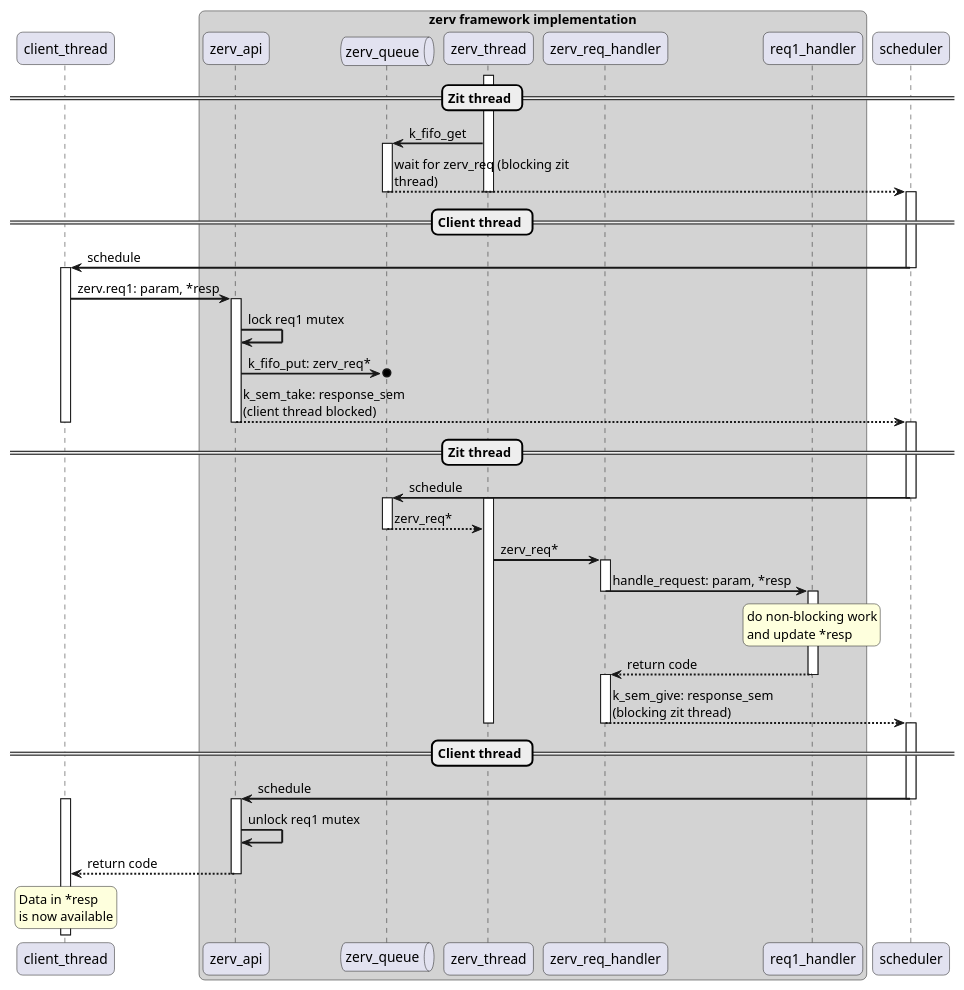
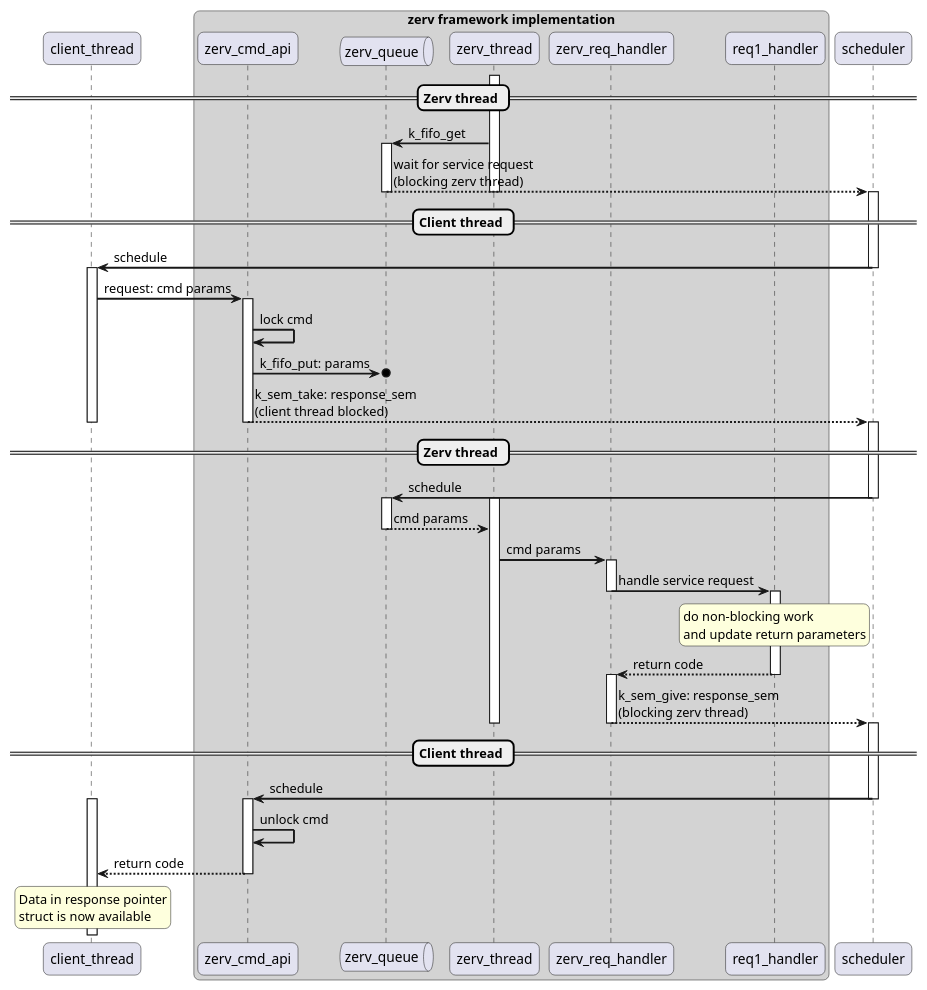
One commit to Systemfabriken/zerv changed the diagram in subsys/zerv/doc/zerv_synchronous_request_handling.puml. Above: the diagram before and after it, drawn with PlantUML. The commit also changed 13 other files, not shown here.

```diff
--- a/subsys/zerv/doc/zerv_synchronous_request_handling.puml
+++ b/subsys/zerv/doc/zerv_synchronous_request_handling.puml
@@ -1,63 +1,63 @@
 @startuml zerv_synchronous_request_handling
 skinparam {
     sequenceArrowThickness 2
     roundcorner 12
     SequenceGroupBodyBackgroundColor 01FF0110
     maxmessagesize 200
 }
 
 participant client_thread as client
 
 
 box "zerv framework implementation" #LightGray
-    participant zerv_api as zerv_api
+    participant zerv_cmd_api as zerv_cmd_api
     queue zerv_queue as zerv_queue
     participant zerv_thread as zerv_thread
     participant zerv_req_handler as zerv_req_handler
     participant req1_handler
 end box
 
 participant scheduler as sched
 
-== Zit thread ==
+== Zerv thread ==
 
 ' Initialisation
 activate zerv_thread
 zerv_thread -> zerv_queue ++: k_fifo_get
-zerv_queue --> sched --++: wait for zerv_req (blocking zit thread)
+zerv_queue --> sched --++: wait for service request (blocking zerv thread)
 deactivate zerv_thread
 
 == Client thread ==
 
 sched -> client --++: schedule
 
 ' Client request call
-client -> zerv_api ++: zerv.req1: param, *resp 
-zerv_api -> zerv_api: lock req1 mutex
-zerv_api ->o zerv_queue: k_fifo_put: zerv_req*
-zerv_api --> sched --++: k_sem_take: response_sem (client thread blocked)
+client -> zerv_cmd_api ++: request: cmd params
+zerv_cmd_api -> zerv_cmd_api: lock cmd
+zerv_cmd_api ->o zerv_queue: k_fifo_put: params
+zerv_cmd_api --> sched --++: k_sem_take: response_sem (client thread blocked)
 deactivate client
 
-== Zit thread ==
+== Zerv thread ==
 
 ' zerv request handling
 sched -> zerv_queue --++: schedule
 activate zerv_thread
-zerv_queue --> zerv_thread --: zerv_req*
-zerv_thread -> zerv_req_handler ++: zerv_req*
-zerv_req_handler -> req1_handler --++: handle_request: param, *resp
-rnote over req1_handler: do non-blocking work\nand update *resp
+zerv_queue --> zerv_thread --: cmd params
+zerv_thread -> zerv_req_handler ++: cmd params
+zerv_req_handler -> req1_handler --++: handle service request
+rnote over req1_handler: do non-blocking work\nand update return parameters
 req1_handler --> zerv_req_handler --++: return code
-zerv_req_handler --> sched --++: k_sem_give: response_sem (blocking zit thread)
+zerv_req_handler --> sched --++: k_sem_give: response_sem (blocking zerv thread)
 deactivate zerv_thread
 
 == Client thread ==
 
 ' Client response handling
-sched -> zerv_api --++: schedule
+sched -> zerv_cmd_api --++: schedule
 activate client
-zerv_api -> zerv_api: unlock req1 mutex
-zerv_api --> client --: return code
-rnote over client: Data in *resp\nis now available
+zerv_cmd_api -> zerv_cmd_api: unlock cmd
+zerv_cmd_api --> client --: return code
+rnote over client: Data in response pointer\nstruct is now available
 
 @enduml
```
